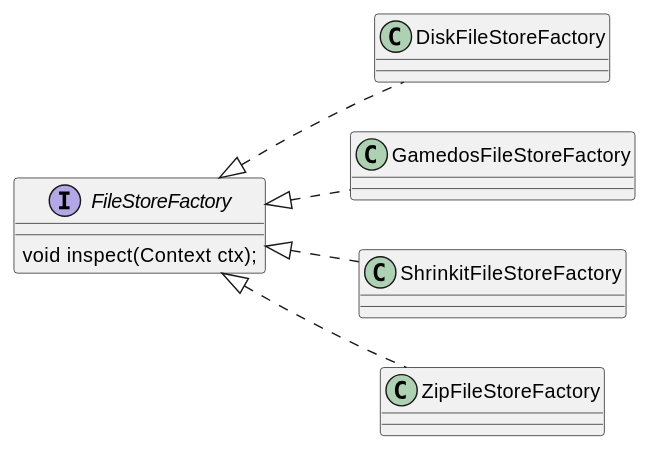
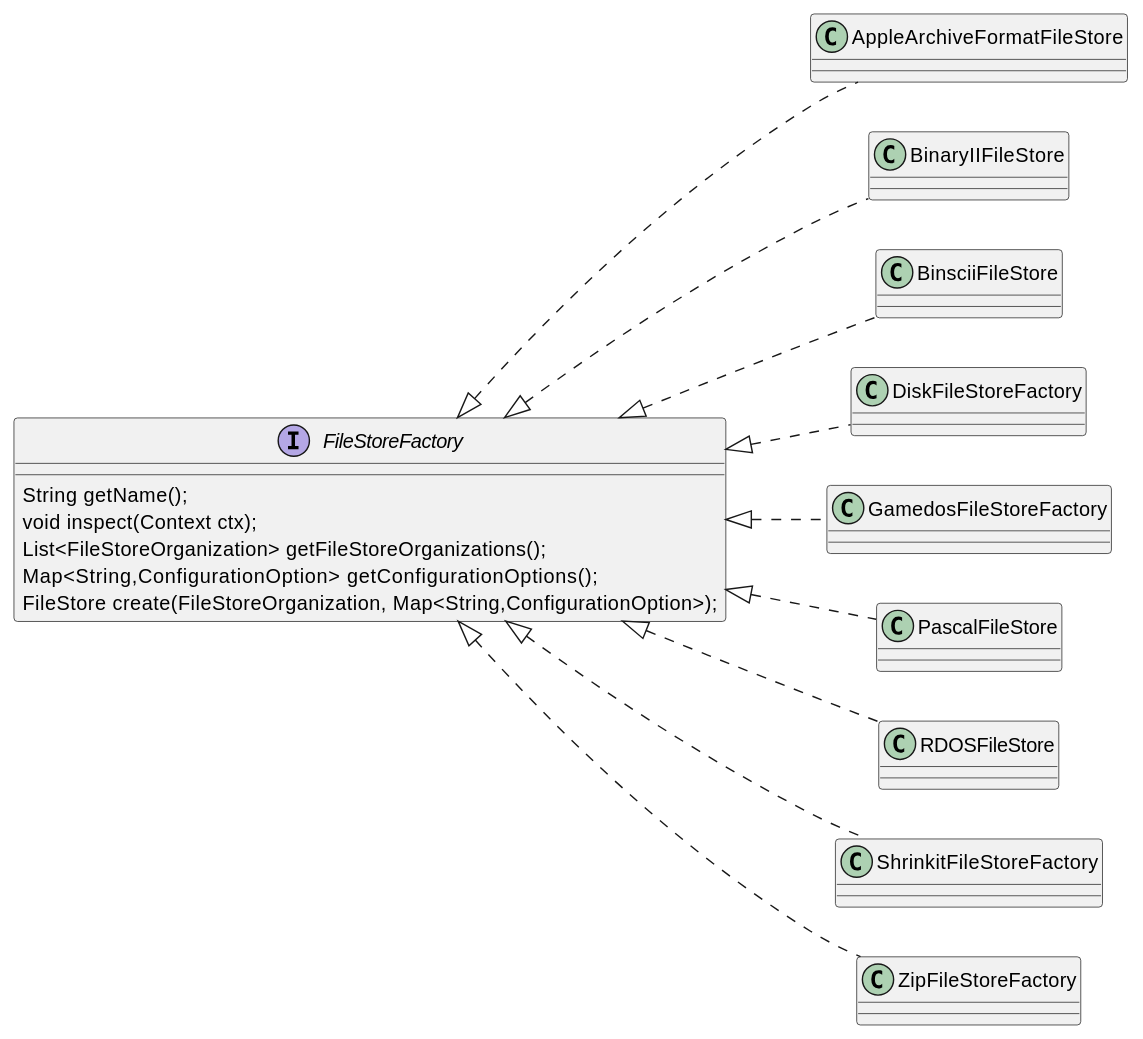
The third of 3 diagrams in docs/dev-notes/redesign.md (AppleCommander/applecommander.github.io), drawn with PlantUML before and after one commit. The commit also changed other lines of this file and 2 other files, not shown here.

Commit message:
Updates for 15.2.

````diff
--- a/docs/dev-notes/redesign.md
+++ b/docs/dev-notes/redesign.md
@@ -221,16 +230,30 @@
 ```puml
 @startuml
 left to right direction
 interface FileStoreFactory {
+    String getName();
     void inspect(Context ctx);
+    List<FileStoreOrganization> getFileStoreOrganizations();
+    Map<String,ConfigurationOption> getConfigurationOptions();
+    FileStore create(FileStoreOrganization, Map<String,ConfigurationOption>);
+}
+class AppleArchiveFormatFileStore implements FileStoreFactory {
+}
+class BinaryIIFileStore implements FileStoreFactory {
+}
+class BinsciiFileStore implements FileStoreFactory {
 }
 class DiskFileStoreFactory implements FileStoreFactory {
 }
 class GamedosFileStoreFactory implements FileStoreFactory {
+}
+class PascalFileStore implements FileStoreFactory {
+}
+class RDOSFileStore implements FileStoreFactory {
 }
 class ShrinkitFileStoreFactory implements FileStoreFactory {
 }
 class ZipFileStoreFactory implements FileStoreFactory {
 }
 @enduml
 ```
````
